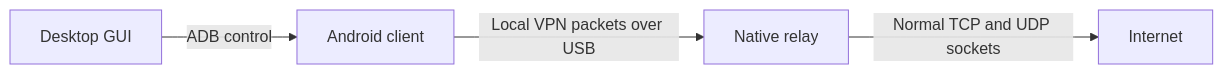
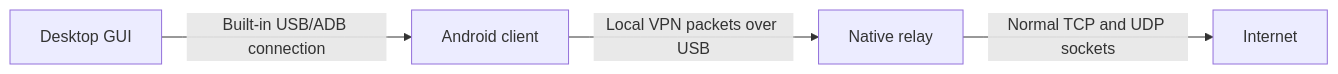
The diagram in README.md (Innocent254/revbridge), drawn with Mermaid before and after one commit. The commit also changed other lines of this file and 17 other files, not shown here.

First line of the commit message:
feat: add one-click USB connection and automated releases

````diff
--- a/README.md
+++ b/README.md
@@ -33,6 +33,6 @@
 ```mermaid
 flowchart LR
-    A["Desktop GUI"] -->|"ADB control"| B["Android client"]
+    A["Desktop GUI"] -->|"Built-in USB/ADB connection"| B["Android client"]
     B -->|"Local VPN packets over USB"| C["Native relay"]
     C -->|"Normal TCP and UDP sockets"| D["Internet"]
 ```
````
